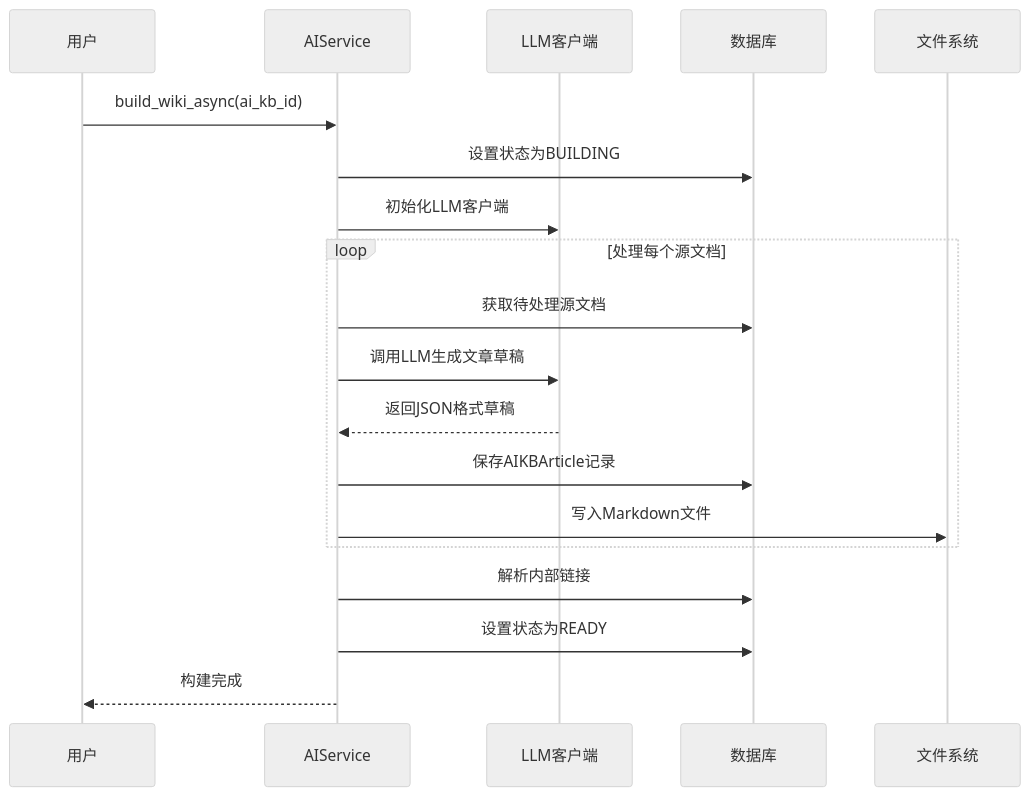
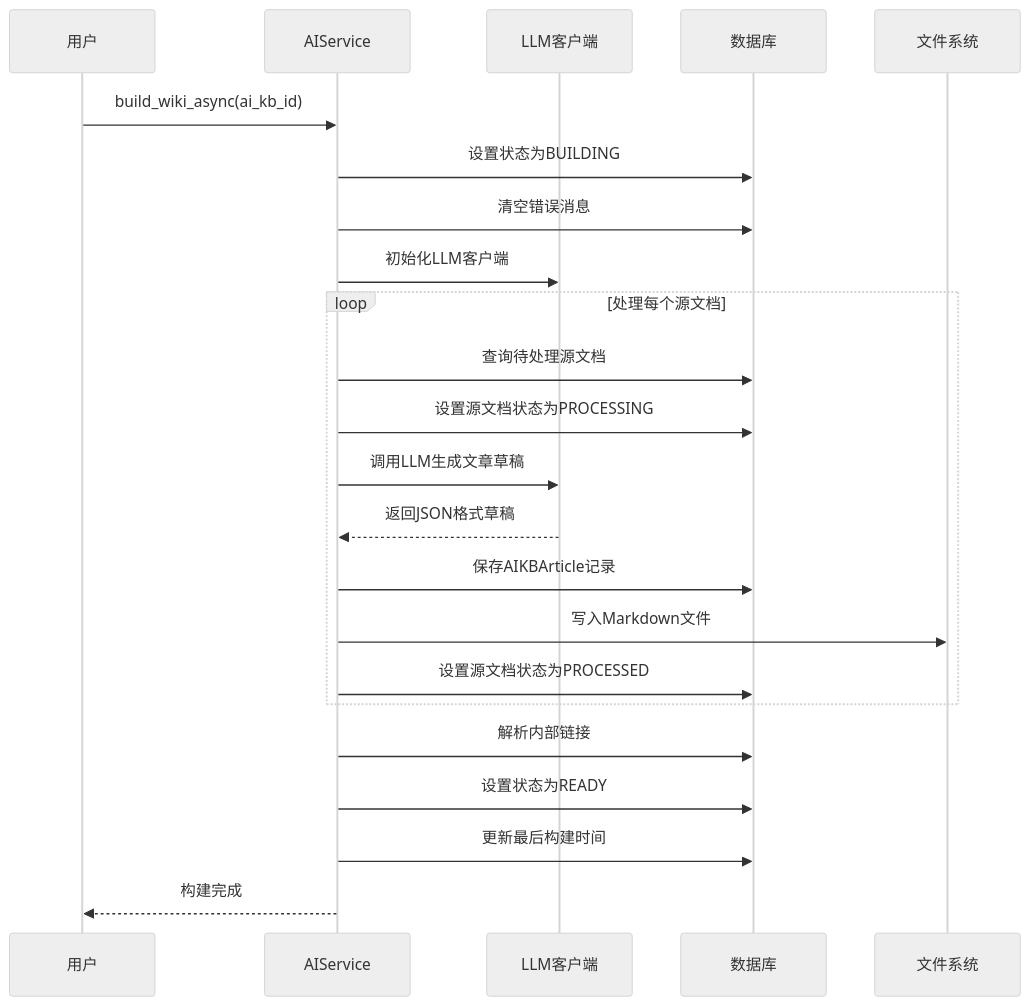
Diagram 12 of 15 in .qoder/repowiki/zh/content/核心模块/知识库管理模块/知识库管理模块.md (beyondalbert/my_wiki), drawn with Mermaid (neutral theme) before and after one commit. The commit also changed other lines of this file and 17 other files, not shown here.

````diff
--- a/.qoder/repowiki/zh/content/核心模块/知识库管理模块/知识库管理模块.md
+++ b/.qoder/repowiki/zh/content/核心模块/知识库管理模块/知识库管理模块.md
@@ -561,21 +635,25 @@
 ```mermaid
 sequenceDiagram
 participant User as 用户
 participant Service as AIService
 participant LLM as LLM客户端
 participant DB as 数据库
 participant FS as 文件系统
 User->>Service : build_wiki_async(ai_kb_id)
 Service->>DB : 设置状态为BUILDING
+Service->>DB : 清空错误消息
 Service->>LLM : 初始化LLM客户端
 loop 处理每个源文档
-Service->>DB : 获取待处理源文档
+Service->>DB : 查询待处理源文档
+Service->>DB : 设置源文档状态为PROCESSING
 Service->>LLM : 调用LLM生成文章草稿
 LLM-->>Service : 返回JSON格式草稿
 Service->>DB : 保存AIKBArticle记录
 Service->>FS : 写入Markdown文件
+Service->>DB : 设置源文档状态为PROCESSED
 end
 Service->>DB : 解析内部链接
 Service->>DB : 设置状态为READY
+Service->>DB : 更新最后构建时间
 Service-->>User : 构建完成
 ```
````
